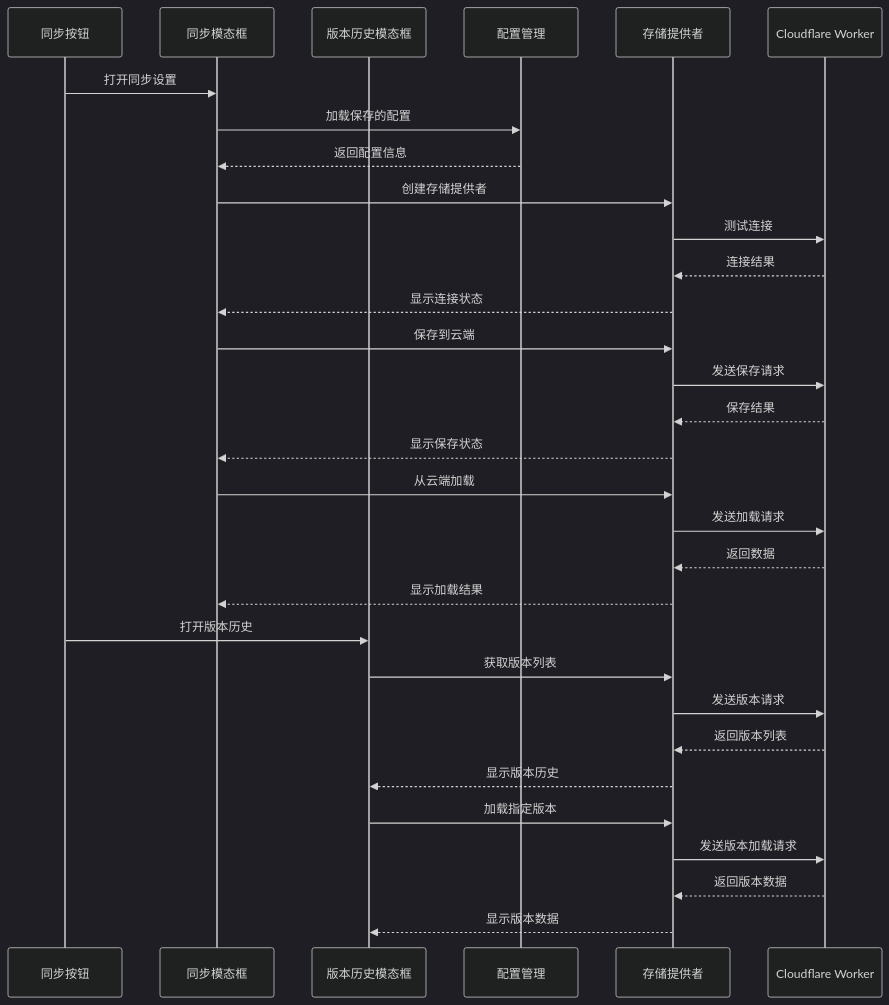
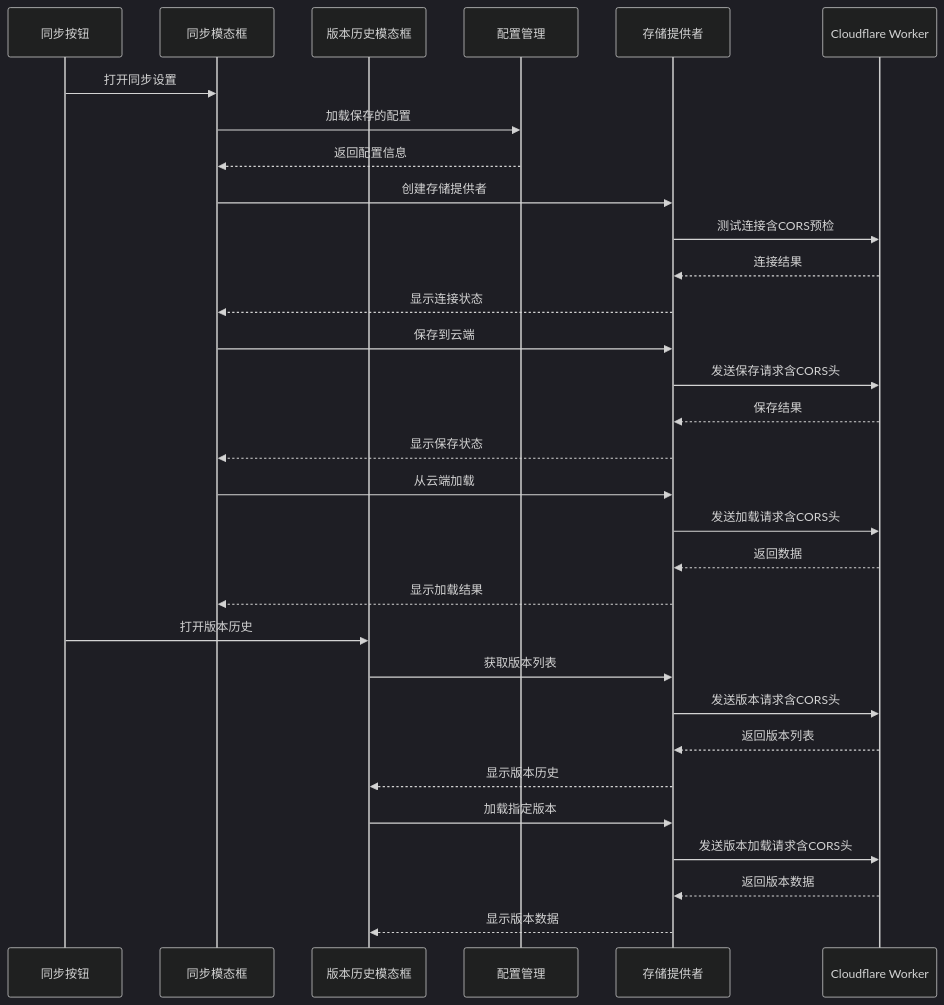
Before and after one commit to steveyu2/formula-mapper: the sixth of 13 diagrams in .qoder/repowiki/zh/content/用户指南/数据管理/云存储系统.md, drawn with Mermaid (dark theme). The commit also changed other lines of this file and 7 other files, not shown here.

````diff
--- a/.qoder/repowiki/zh/content/用户指南/数据管理/云存储系统.md
+++ b/.qoder/repowiki/zh/content/用户指南/数据管理/云存储系统.md
@@ -339,33 +367,33 @@
 ```mermaid
 sequenceDiagram
 participant Button as 同步按钮
 participant Modal as 同步模态框
 participant HistoryModal as 版本历史模态框
 participant Config as 配置管理
 participant Provider as 存储提供者
 participant Worker as Cloudflare Worker
 Button->>Modal : 打开同步设置
 Modal->>Config : 加载保存的配置
 Config-->>Modal : 返回配置信息
 Modal->>Provider : 创建存储提供者
-Provider->>Worker : 测试连接
+Provider->>Worker : 测试连接含CORS预检
 Worker-->>Provider : 连接结果
 Provider-->>Modal : 显示连接状态
 Modal->>Provider : 保存到云端
-Provider->>Worker : 发送保存请求
+Provider->>Worker : 发送保存请求含CORS头
 Worker-->>Provider : 保存结果
 Provider-->>Modal : 显示保存状态
 Modal->>Provider : 从云端加载
-Provider->>Worker : 发送加载请求
+Provider->>Worker : 发送加载请求含CORS头
 Worker-->>Provider : 返回数据
 Provider-->>Modal : 显示加载结果
 Button->>HistoryModal : 打开版本历史
 HistoryModal->>Provider : 获取版本列表
-Provider->>Worker : 发送版本请求
+Provider->>Worker : 发送版本请求含CORS头
 Worker-->>Provider : 返回版本列表
 Provider-->>HistoryModal : 显示版本历史
 HistoryModal->>Provider : 加载指定版本
-Provider->>Worker : 发送版本加载请求
+Provider->>Worker : 发送版本加载请求含CORS头
 Worker-->>Provider : 返回版本数据
 Provider-->>HistoryModal : 显示版本数据
 ```
````
